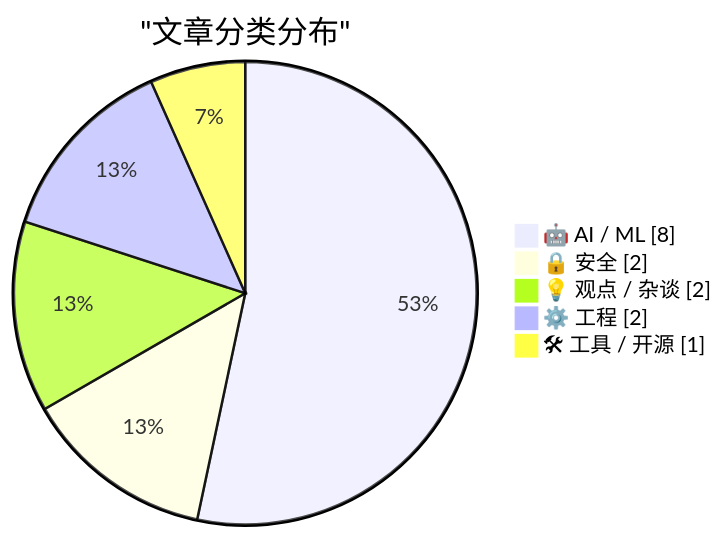
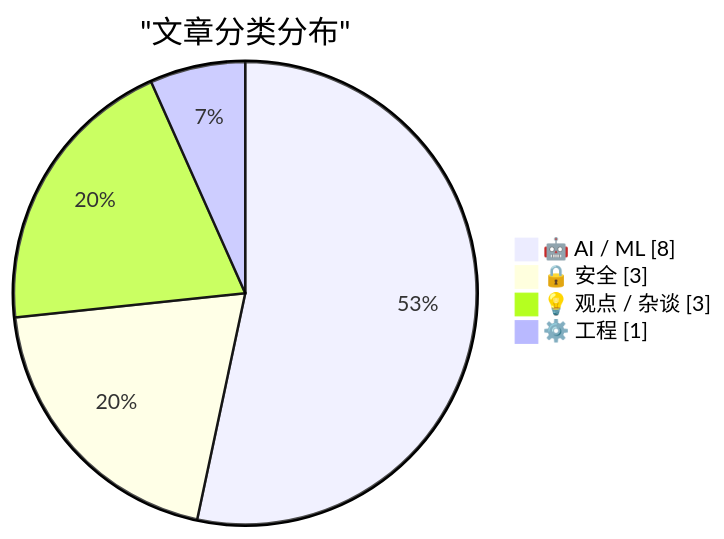
The first of 2 diagrams in digests/digest-20260810.md (Halcyon-ccc/ai-daily-digest), drawn with Mermaid before and after one commit. The commit also changed other lines of this file, not shown here.

````diff
--- a/digests/digest-20260810.md
+++ b/digests/digest-20260810.md
@@ -391,9 +389,8 @@
 ```mermaid
 pie showData
     title "文章分类分布"
     "🤖 AI / ML" : 8
-    "🔒 安全" : 2
-    "💡 观点 / 杂谈" : 2
-    "⚙️ 工程" : 2
-    "🛠 工具 / 开源" : 1
+    "🔒 安全" : 3
+    "💡 观点 / 杂谈" : 3
+    "⚙️ 工程" : 1
 ```
````
